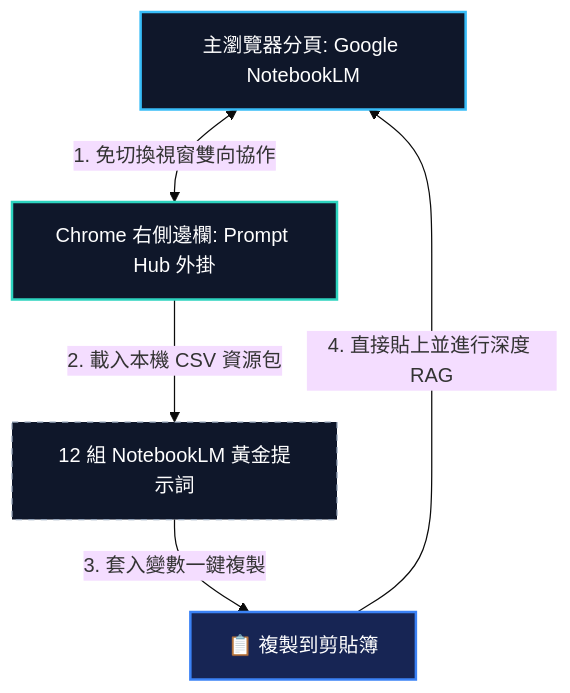
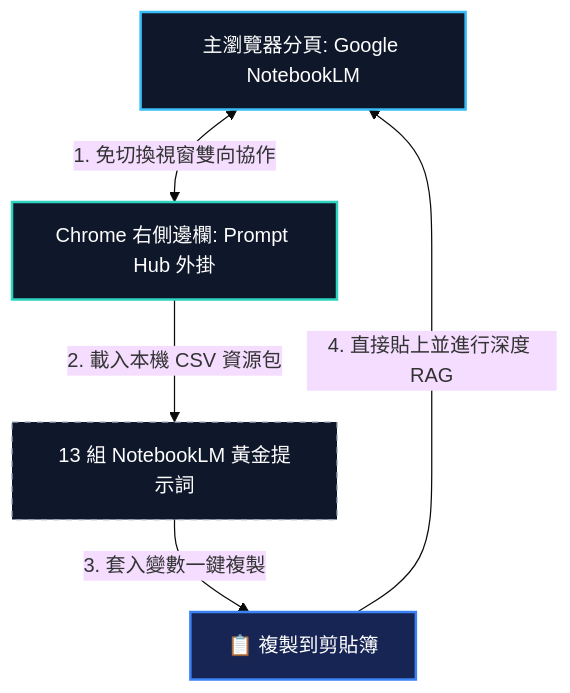
Before and after one commit to falo-chinese/skyline-class: the diagram in class2/prompt_hub_guide.md, drawn with Mermaid (base theme). The commit also changed other lines of this file and 28 other files, not shown here.

````diff
--- a/class2/prompt_hub_guide.md
+++ b/class2/prompt_hub_guide.md
@@ -32,12 +32,12 @@
 ```mermaid
 flowchart TD
     A[主瀏覽器分頁: Google NotebookLM] <-->|1. 免切換視窗雙向協作| B[Chrome 右側邊欄: Prompt Hub 外掛]
-    B -->|2. 載入本機 CSV 資源包| C[12 組 NotebookLM 黃金提示詞]
+    B -->|2. 載入本機 CSV 資源包| C[13 組 NotebookLM 黃金提示詞]
     C -->|3. 套入變數一鍵複製| D[📋 複製到剪貼簿]
     D -->|4. 直接貼上並進行深度 RAG| A
     
     style A fill:#0f172a,stroke:#38bdf8,stroke-width:2px,color:#fff
     style B fill:#0f172a,stroke:#2dd4bf,stroke-width:2px,color:#fff
     style C fill:#0f172a,stroke:#94a3b8,stroke-dasharray: 5 5,color:#fff
     style D fill:#172554,stroke:#3b82f6,stroke-width:2px,color:#fff
 ```
````
